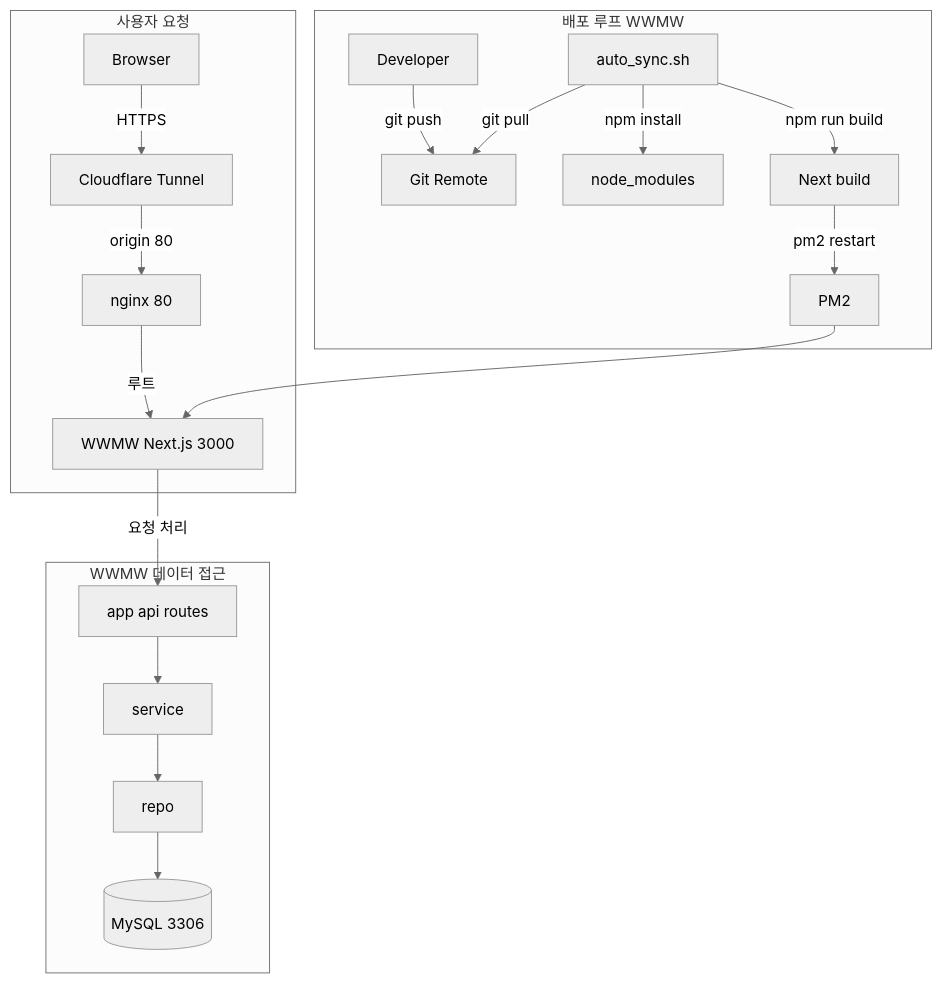
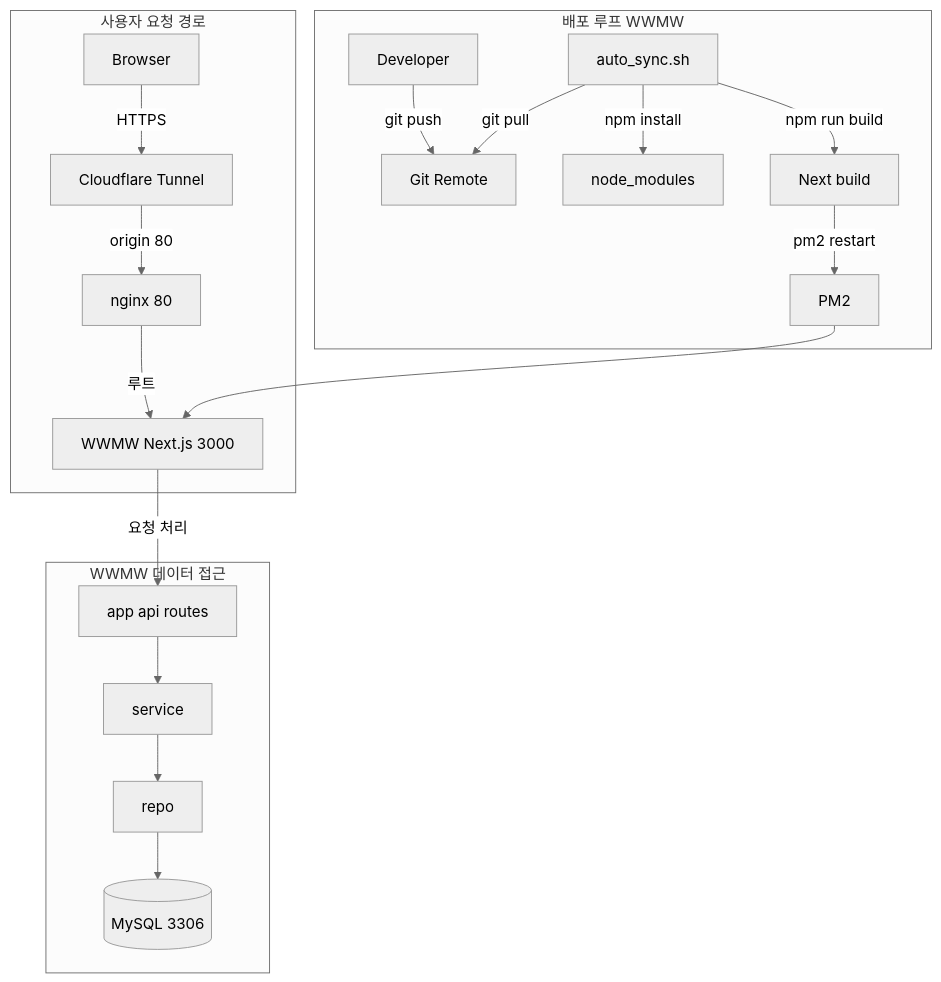
One commit to NabongsunK/wwmw changed the diagram in README.md. Above: the diagram before and after it, drawn with Mermaid (neutral theme). The commit also changed other lines of this file and 1 other file, not shown here.

````diff
--- a/README.md
+++ b/README.md
@@ -38,25 +40,25 @@
 ```mermaid
 flowchart TB
-  subgraph traffic[사용자 요청]
+  subgraph traffic[사용자 요청 경로]
     user[Browser] -->|HTTPS| cf[Cloudflare Tunnel]
     cf -->|origin 80| nginx[nginx 80]
     nginx -->|루트| wwmw[WWMW Next.js 3000]
   end
 
   subgraph deploy[배포 루프 WWMW]
     dev[Developer] -->|git push| gitRemote[Git Remote]
     sync[auto_sync.sh] -->|git pull| gitRemote
     sync -->|npm install| deps[node_modules]
     sync -->|npm run build| build[Next build]
     build -->|pm2 restart| pm2[PM2]
     pm2 --> wwmw
   end
 
   subgraph dataLayer[WWMW 데이터 접근]
     api[app api routes] --> svc[service]
     svc --> repo[repo]
     repo --> mysql[(MySQL 3306)]
   end
 
   wwmw -->|요청 처리| api
 ```
````
